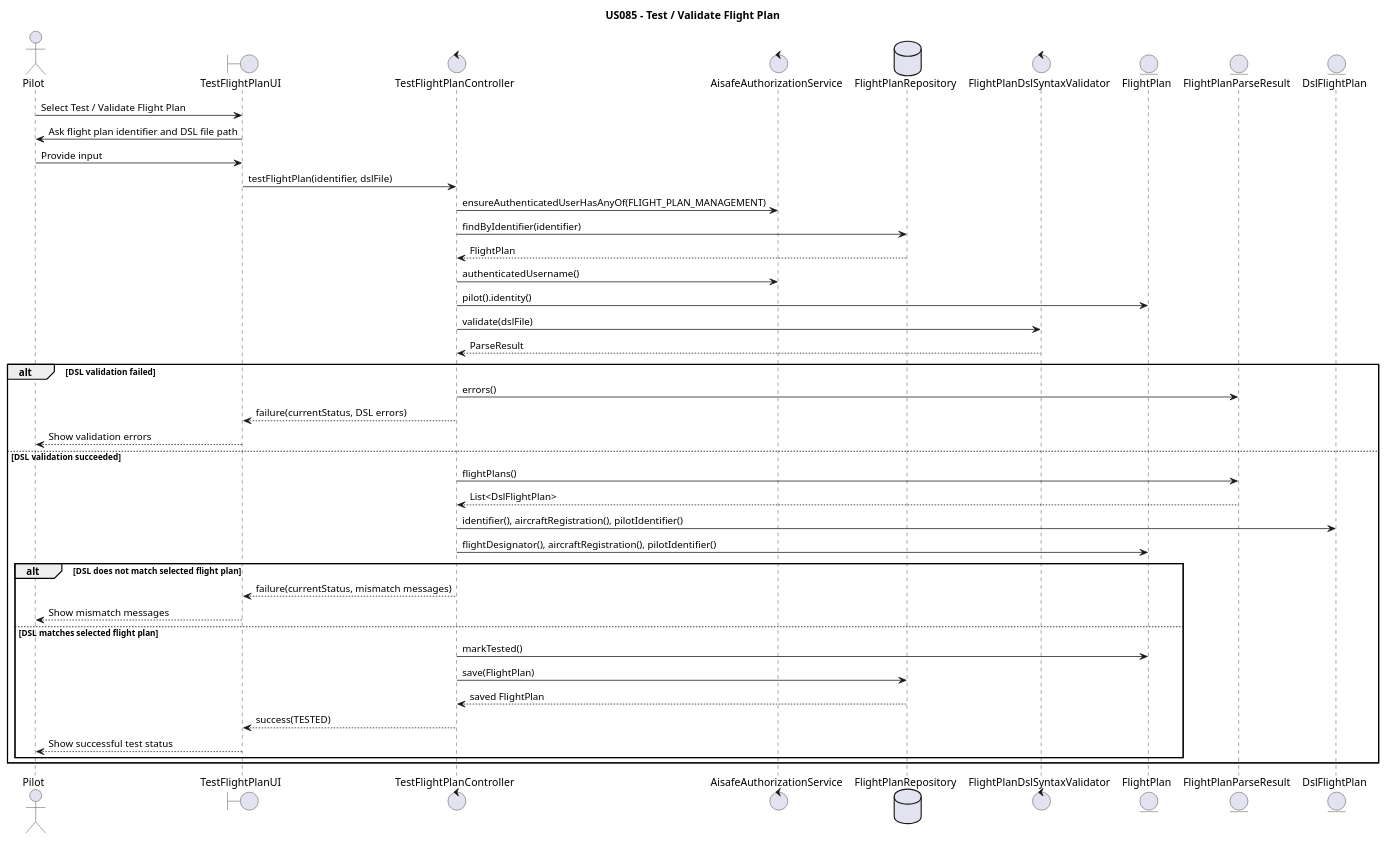
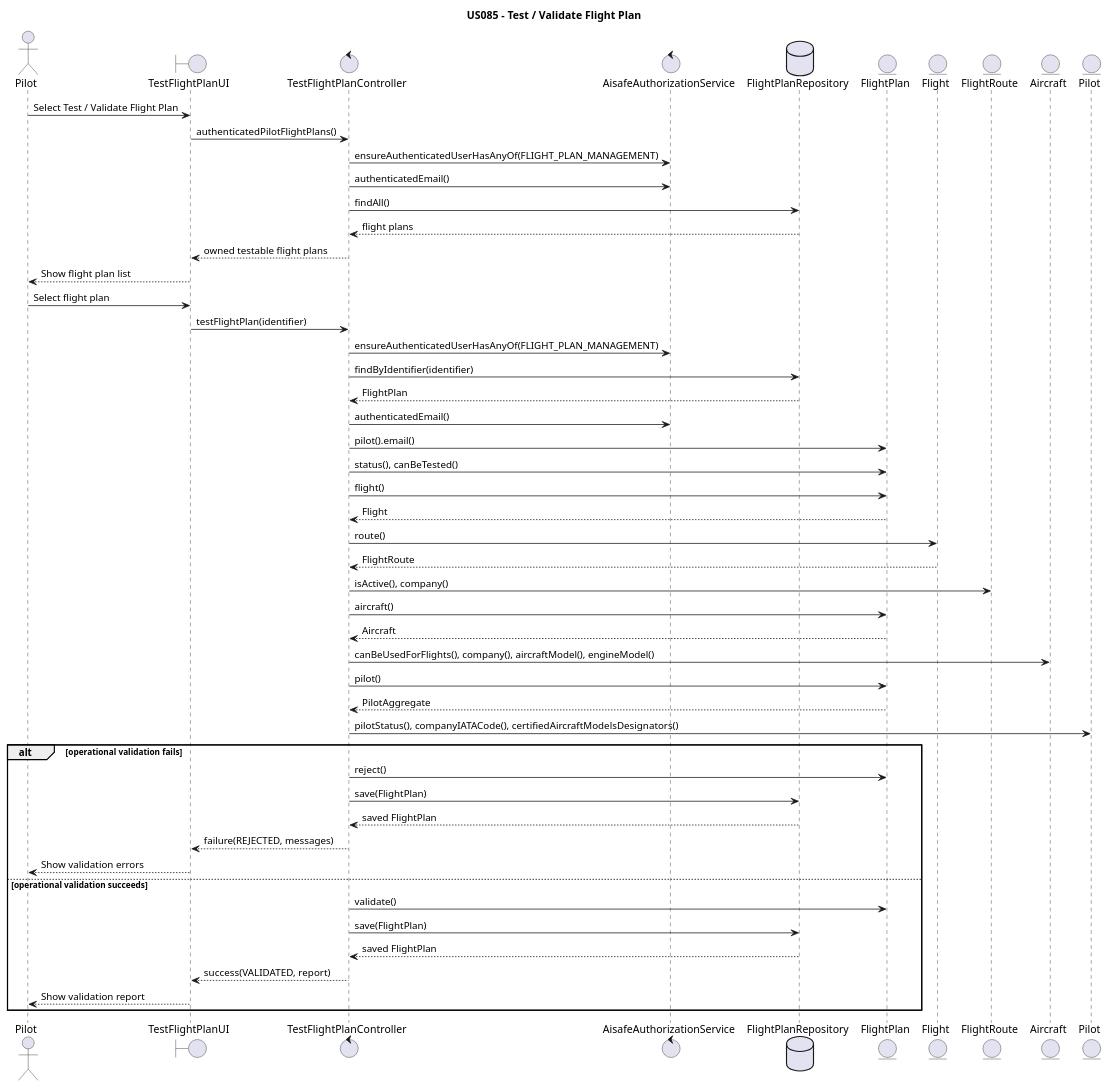
One commit to GustavoFerreira24/flight-management-platform changed the diagram in docs/us_85/sequence-diagram-85.puml. Above: the diagram before and after it, drawn with PlantUML. The commit also changed 8 other files, not shown here.

Commit message:
US085 (Code): Refactor FlightPlan testing logic to remove DSL file dependency and enhance validation checks [#280]

```diff
--- a/docs/us_85/sequence-diagram-85.puml
+++ b/docs/us_85/sequence-diagram-85.puml
@@ -1,50 +1,62 @@
 @startuml
 title US085 - Test / Validate Flight Plan
 
 actor Pilot
 boundary TestFlightPlanUI as UI
 control TestFlightPlanController as Controller
 control AisafeAuthorizationService as Authz
 database FlightPlanRepository as Repository
-control FlightPlanDslSyntaxValidator as Validator
 entity FlightPlan
-entity FlightPlanParseResult as ParseResult
-entity DslFlightPlan
+entity Flight
+entity FlightRoute
+entity Aircraft
+entity Pilot as PilotAggregate
 
 Pilot -> UI : Select Test / Validate Flight Plan
-UI -> Pilot : Ask flight plan identifier and DSL file path
-Pilot -> UI : Provide input
-UI -> Controller : testFlightPlan(identifier, dslFile)
+UI -> Controller : authenticatedPilotFlightPlans()
+Controller -> Authz : ensureAuthenticatedUserHasAnyOf(FLIGHT_PLAN_MANAGEMENT)
+Controller -> Authz : authenticatedEmail()
+Controller -> Repository : findAll()
+Repository --> Controller : flight plans
+Controller --> UI : owned testable flight plans
+UI --> Pilot : Show flight plan list
+
+Pilot -> UI : Select flight plan
+UI -> Controller : testFlightPlan(identifier)
 
 Controller -> Authz : ensureAuthenticatedUserHasAnyOf(FLIGHT_PLAN_MANAGEMENT)
 Controller -> Repository : findByIdentifier(identifier)
 Repository --> Controller : FlightPlan
-Controller -> Authz : authenticatedUsername()
-Controller -> FlightPlan : pilot().identity()
+Controller -> Authz : authenticatedEmail()
+Controller -> FlightPlan : pilot().email()
+Controller -> FlightPlan : status(), canBeTested()
 
-Controller -> Validator : validate(dslFile)
-Validator --> Controller : ParseResult
+Controller -> FlightPlan : flight()
+FlightPlan --> Controller : Flight
+Controller -> Flight : route()
+Flight --> Controller : FlightRoute
+Controller -> FlightRoute : isActive(), company()
 
-alt DSL validation failed
-    Controller -> ParseResult : errors()
-    Controller --> UI : failure(currentStatus, DSL errors)
+Controller -> FlightPlan : aircraft()
+FlightPlan --> Controller : Aircraft
+Controller -> Aircraft : canBeUsedForFlights(), company(), aircraftModel(), engineModel()
+
+Controller -> FlightPlan : pilot()
+FlightPlan --> Controller : PilotAggregate
+Controller -> PilotAggregate : pilotStatus(), companyIATACode(), certifiedAircraftModelsDesignators()
+
+alt operational validation fails
+    Controller -> FlightPlan : reject()
+    Controller -> Repository : save(FlightPlan)
+    Repository --> Controller : saved FlightPlan
+    Controller --> UI : failure(REJECTED, messages)
     UI --> Pilot : Show validation errors
-else DSL validation succeeded
-    Controller -> ParseResult : flightPlans()
-    ParseResult --> Controller : List<DslFlightPlan>
-    Controller -> DslFlightPlan : identifier(), aircraftRegistration(), pilotIdentifier()
-    Controller -> FlightPlan : flightDesignator(), aircraftRegistration(), pilotIdentifier()
-
-    alt DSL does not match selected flight plan
-        Controller --> UI : failure(currentStatus, mismatch messages)
-        UI --> Pilot : Show mismatch messages
-    else DSL matches selected flight plan
-        Controller -> FlightPlan : markTested()
-        Controller -> Repository : save(FlightPlan)
-        Repository --> Controller : saved FlightPlan
-        Controller --> UI : success(TESTED)
-        UI --> Pilot : Show successful test status
-    end
+else operational validation succeeds
+    Controller -> FlightPlan : validate()
+    Controller -> Repository : save(FlightPlan)
+    Repository --> Controller : saved FlightPlan
+    Controller --> UI : success(VALIDATED, report)
+    UI --> Pilot : Show validation report
 end
 
 @enduml
```
